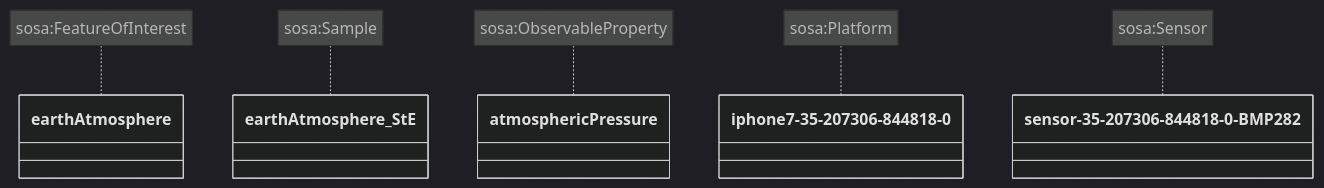
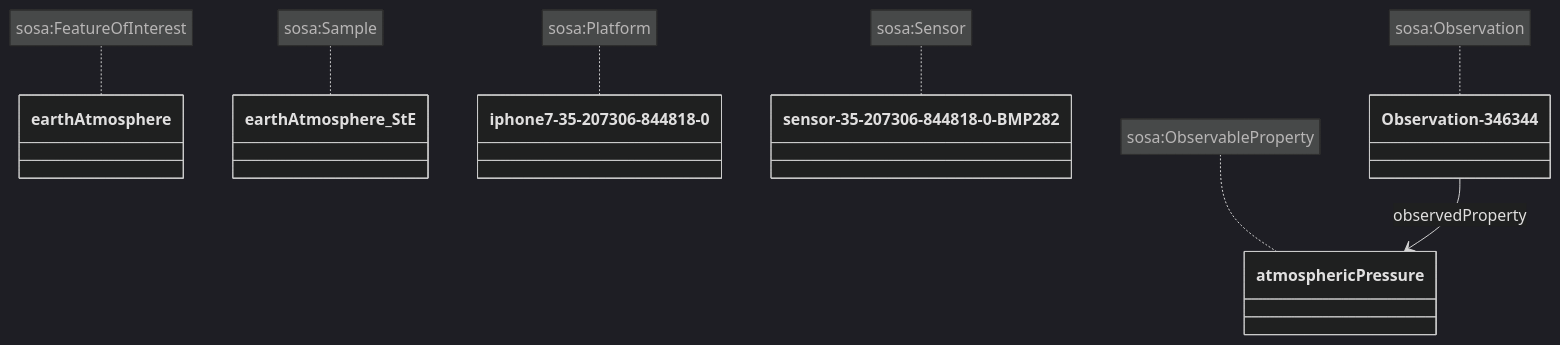
Before and after one commit to DataCoveEU/FAIRiTRASH: the diagram in Test/Example.md, drawn with Mermaid (dark theme).

````diff
--- a/Test/Example.md
+++ b/Test/Example.md
@@ -4,18 +4,25 @@
 ```mermaid
 classDiagram
    class earthAtmosphere{
     }
     note for earthAtmosphere "sosa:FeatureOfInterest"
     class earthAtmosphere_StE{
     }
     note for earthAtmosphere_StE "sosa:Sample"
     class atmosphericPressure{
     }
     note for atmosphericPressure "sosa:ObservableProperty"
     class iphone7-35-207306-844818-0{
     }
     note for iphone7-35-207306-844818-0 "sosa:Platform"
     class sensor-35-207306-844818-0-BMP282{
     }
-    note for sensor-35-207306-844818-0-BMP282 "sosa:Sensor"    
+    note for sensor-35-207306-844818-0-BMP282 "sosa:Sensor"
+    class Observation-346344{
+    }
+    note for Observation-346344 "sosa:Observation"
+    Observation-346344 --> atmosphericPressure: observedProperty
+
+
+
 ```
````
